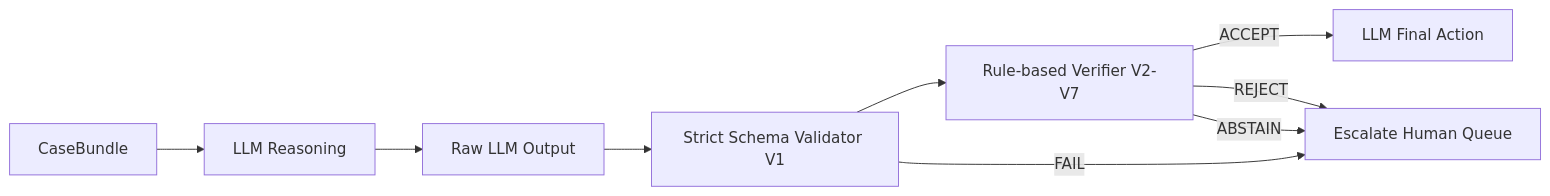
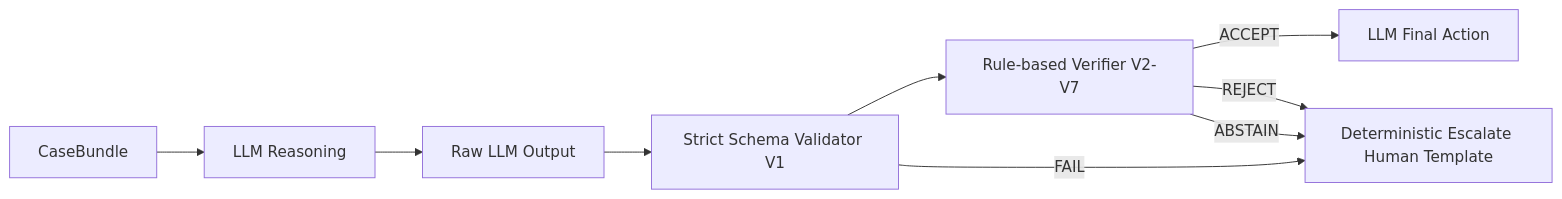
Before and after one commit to ROSRAR20/recon-agent: the diagram in docs/verifier.md, drawn with Mermaid. The commit also changed other lines of this file and 8 other files, not shown here.

````diff
--- a/docs/verifier.md
+++ b/docs/verifier.md
@@ -11,11 +11,11 @@
 ```mermaid
 flowchart LR
     A[CaseBundle] --> B[LLM Reasoning]
     B --> C[Raw LLM Output]
     C --> D[Strict Schema Validator V1]
     D --> E[Rule-based Verifier V2-V7]
     E -->|ACCEPT| F[LLM Final Action]
-    E -->|REJECT| G[Escalate Human Queue]
+    E -->|REJECT| G[Deterministic Escalate Human Template]
     E -->|ABSTAIN| G
     D -->|FAIL| G
 ```
````
